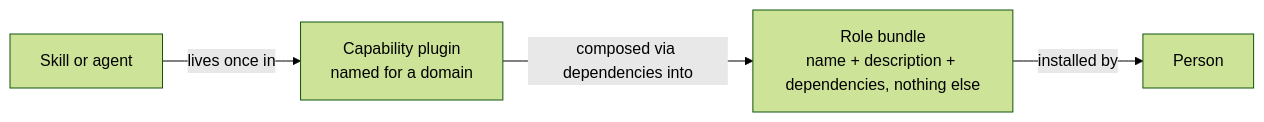
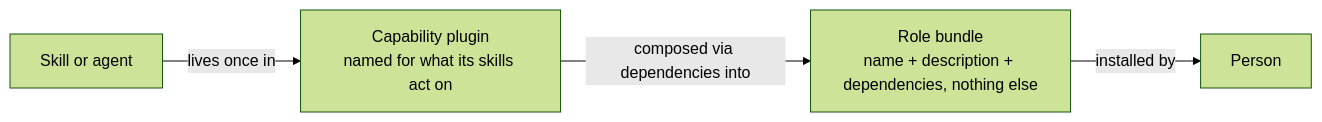
One commit to bitwarden/contributing-docs changed the first of 4 diagrams in docs/architecture/adr/0035-adopt-ai-plugin-taxonomy.md. Above: the diagram before and after it, drawn with Mermaid (forest theme). The commit also changed other lines of this file, not shown here.

````diff
--- a/docs/architecture/adr/0035-adopt-ai-plugin-taxonomy.md
+++ b/docs/architecture/adr/0035-adopt-ai-plugin-taxonomy.md
@@ -71,6 +75,6 @@
 ```mermaid
 flowchart LR
-    Skill["Skill or agent"] -->|lives once in| Cap["Capability plugin<br/>named for a domain"]
+    Skill["Skill or agent"] -->|lives once in| Cap["Capability plugin<br/>named for what its skills act on"]
     Cap -->|composed via dependencies into| Bundle["Role bundle<br/>name + description + dependencies, nothing else"]
     Bundle -->|installed by| Person["Person"]
 ```
````
